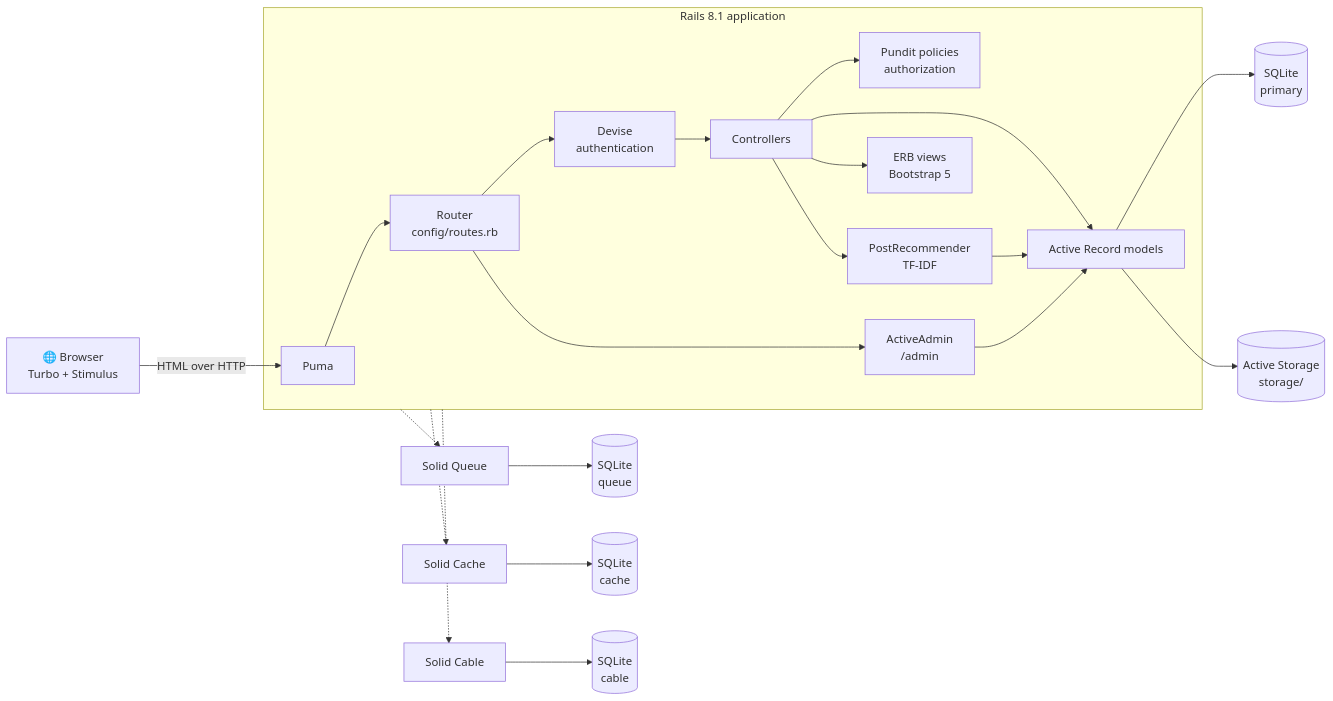
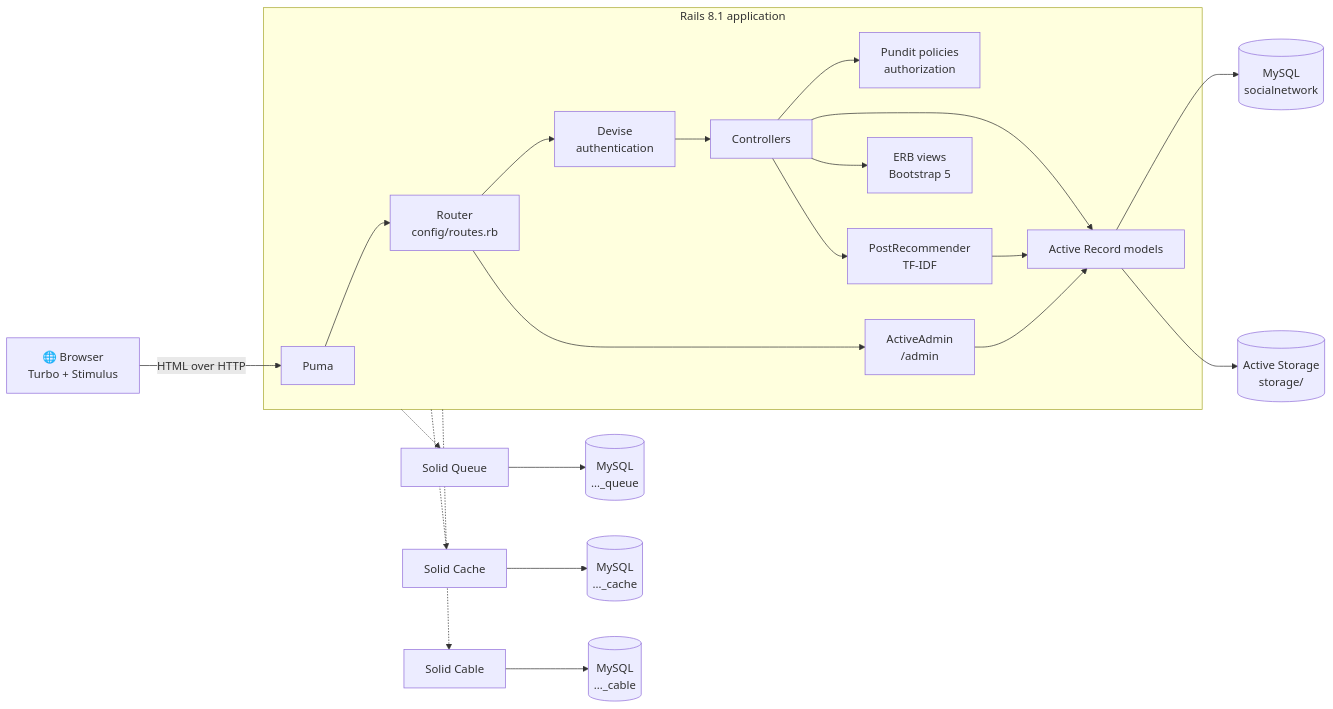
Before and after one commit to cdrrazan/socialnetwork: the first of 8 diagrams in README.md, drawn with Mermaid. The commit also changed other lines of this file, not shown here.

First line of the commit message:
Update the README for MySQL and RSpec

````diff
--- a/README.md
+++ b/README.md
@@ -117,24 +122,24 @@
 ```mermaid
 flowchart LR
     Browser["🌐 Browser<br/>Turbo + Stimulus"] -->|HTML over HTTP| Puma
     subgraph App["Rails 8.1 application"]
         Puma["Puma"] --> Router["Router<br/>config/routes.rb"]
         Router --> Devise["Devise<br/>authentication"]
         Devise --> Controllers["Controllers"]
         Controllers --> Pundit["Pundit policies<br/>authorization"]
         Controllers --> Models["Active Record models"]
         Controllers --> Recommender["PostRecommender<br/>TF-IDF"]
         Recommender --> Models
         Controllers --> Views["ERB views<br/>Bootstrap 5"]
         Admin["ActiveAdmin<br/>/admin"] --> Models
     end
     Router --> Admin
-    Models --> PrimaryDB[("SQLite<br/>primary")]
+    Models --> PrimaryDB[("MySQL<br/>socialnetwork")]
     Models --> Storage[("Active Storage<br/>storage/")]
-    Jobs["Solid Queue"] --> QueueDB[("SQLite<br/>queue")]
-    Cache["Solid Cache"] --> CacheDB[("SQLite<br/>cache")]
-    Cable["Solid Cable"] --> CableDB[("SQLite<br/>cable")]
+    Jobs["Solid Queue"] --> QueueDB[("MySQL<br/>…_queue")]
+    Cache["Solid Cache"] --> CacheDB[("MySQL<br/>…_cache")]
+    Cable["Solid Cable"] --> CableDB[("MySQL<br/>…_cable")]
     App -.-> Jobs
     App -.-> Cache
     App -.-> Cable
 ```
````
